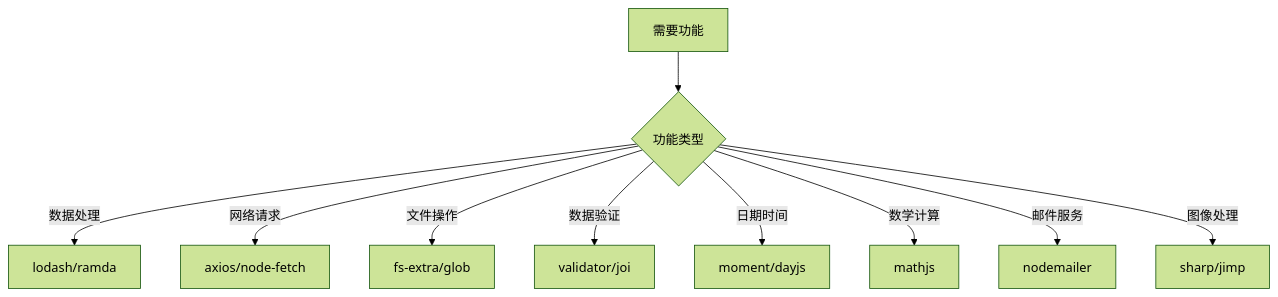
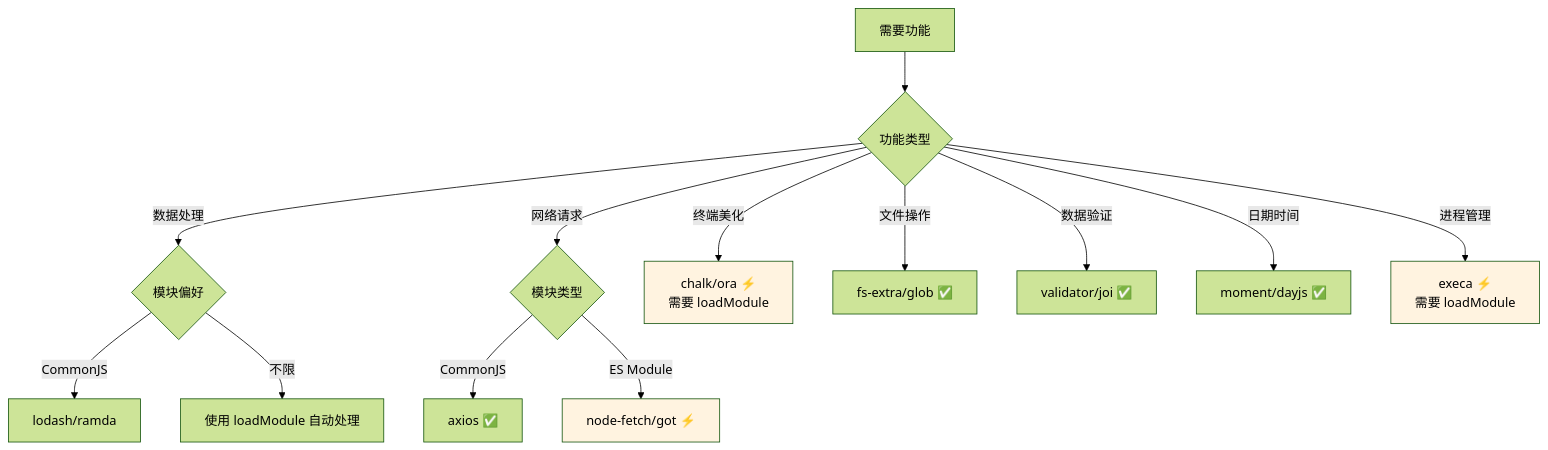
One commit to yuyuan-cs/PromptX changed the second of 3 diagrams in resource/role/luban/knowledge/promptx-tool-architecture.knowledge.md. Above: the diagram before and after it, drawn with Mermaid (forest theme). The commit also changed other lines of this file and 5 other files, not shown here.

````diff
--- a/resource/role/luban/knowledge/promptx-tool-architecture.knowledge.md
+++ b/resource/role/luban/knowledge/promptx-tool-architecture.knowledge.md
@@ -204,12 +254,21 @@
 ```mermaid
 graph TD
     A[需要功能] --> B{功能类型}
-    B -->|数据处理| C[lodash/ramda]
-    B -->|网络请求| D[axios/node-fetch]
-    B -->|文件操作| E[fs-extra/glob]
-    B -->|数据验证| F[validator/joi]
-    B -->|日期时间| G[moment/dayjs]
-    B -->|数学计算| H[mathjs]
-    B -->|邮件服务| I[nodemailer]
-    B -->|图像处理| J[sharp/jimp]
+    B -->|数据处理| C{模块偏好}
+    C -->|CommonJS| C1[lodash/ramda]
+    C -->|不限| C2[使用 loadModule 自动处理]
+    
+    B -->|网络请求| D{模块类型}
+    D -->|CommonJS| D1[axios ✅]
+    D -->|ES Module| D2[node-fetch/got ⚡]
+    
+    B -->|终端美化| E[chalk/ora ⚡<br/>需要 loadModule]
+    B -->|文件操作| F[fs-extra/glob ✅]
+    B -->|数据验证| G[validator/joi ✅]
+    B -->|日期时间| H[moment/dayjs ✅]
+    B -->|进程管理| I[execa ⚡<br/>需要 loadModule]
+    
+    style E fill:#fff3e0
+    style I fill:#fff3e0
+    style D2 fill:#fff3e0
 ```
````
